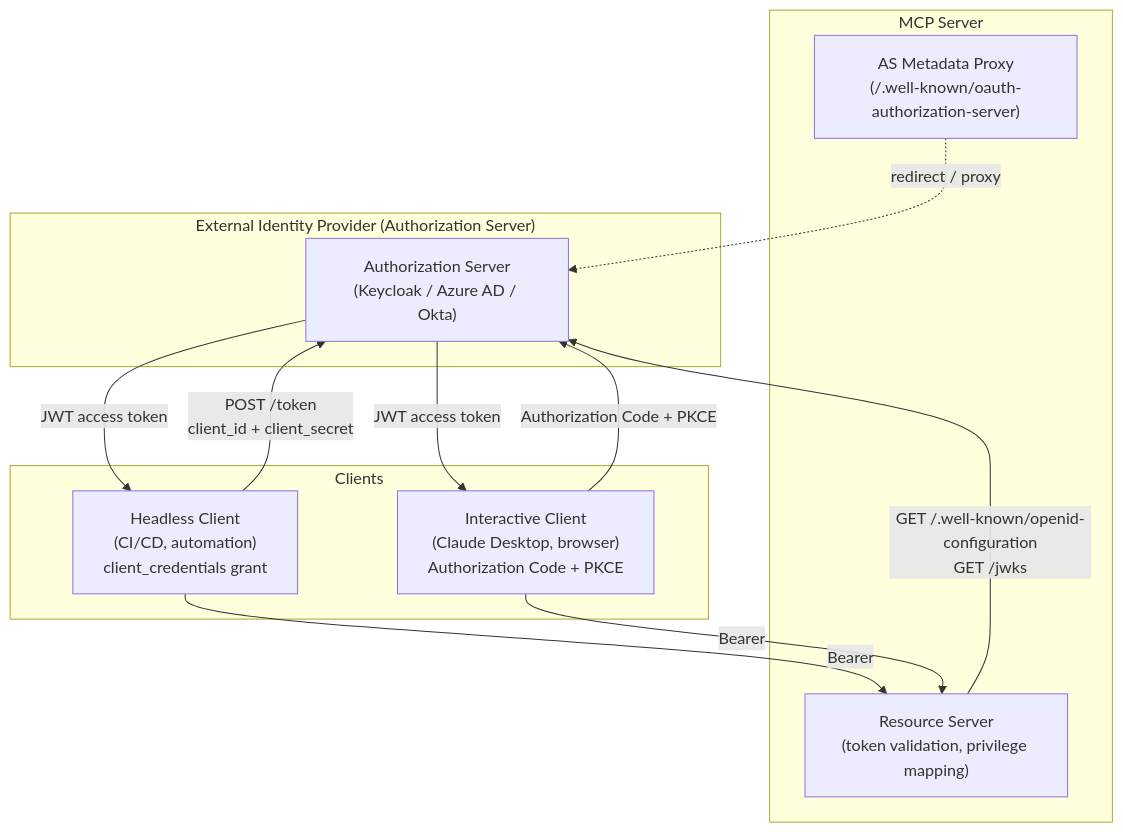
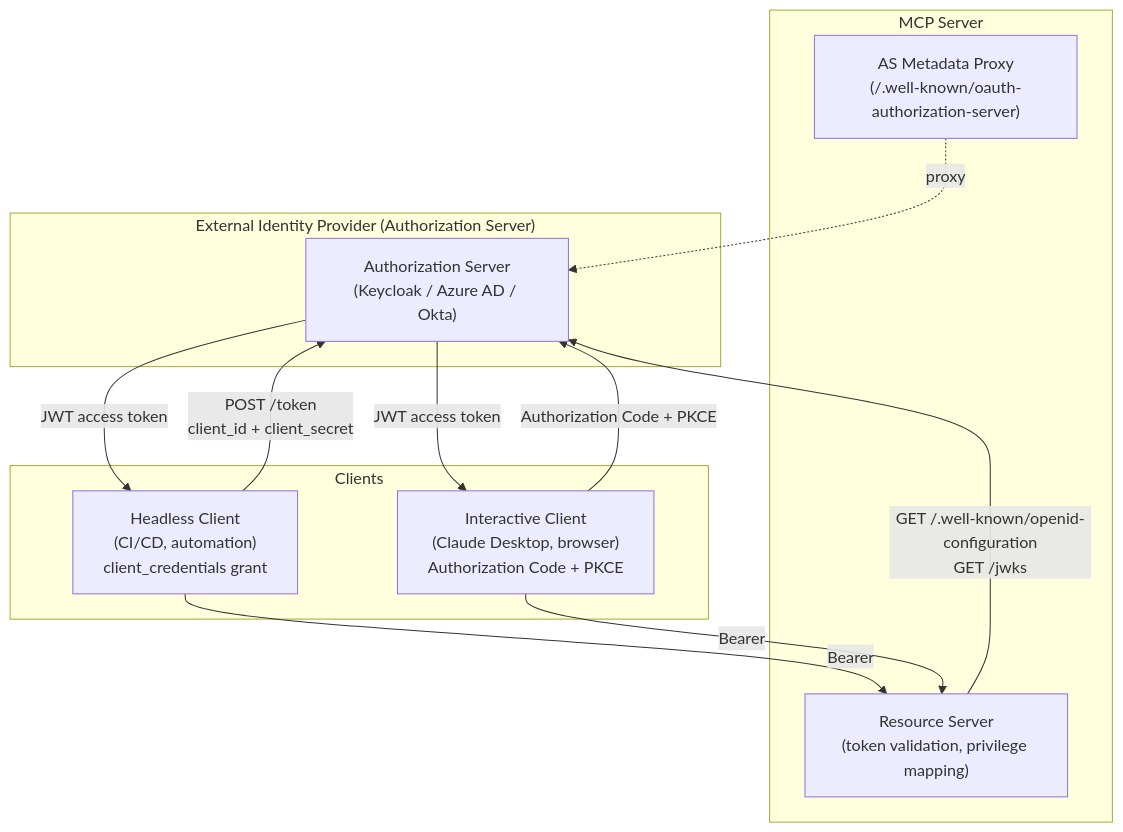
The first of 6 diagrams in docs/design/security-oauth2.md (albee-jhoney/storage-protect-mcp-server), drawn with Mermaid before and after one commit. The commit also changed other lines of this file and 10 other files, not shown here.

````diff
--- a/docs/design/security-oauth2.md
+++ b/docs/design/security-oauth2.md
@@ -41,25 +42,25 @@
 ```mermaid
 graph TD
     subgraph IdP["External Identity Provider (Authorization Server)"]
         AS["Authorization Server\n(Keycloak / Azure AD / Okta)"]
     end
 
     subgraph MCP["MCP Server"]
         RS["Resource Server\n(token validation, privilege mapping)"]
         META["AS Metadata Proxy\n(/.well-known/oauth-authorization-server)"]
     end
 
     subgraph Clients["Clients"]
         HEADLESS["Headless Client\n(CI/CD, automation)\nclient_credentials grant"]
         INTERACTIVE["Interactive Client\n(Claude Desktop, browser)\nAuthorization Code + PKCE"]
     end
 
     HEADLESS -->|"POST /token\nclient_id + client_secret"| AS
     INTERACTIVE -->|"Authorization Code + PKCE"| AS
     AS -->|"JWT access token"| HEADLESS
     AS -->|"JWT access token"| INTERACTIVE
     HEADLESS -->|"Bearer <token>"| RS
     INTERACTIVE -->|"Bearer <token>"| RS
     RS -->|"GET /.well-known/openid-configuration\nGET /jwks"| AS
-    META -.->|"redirect / proxy"| AS
+    META -.->|"proxy"| AS
 ```
````
